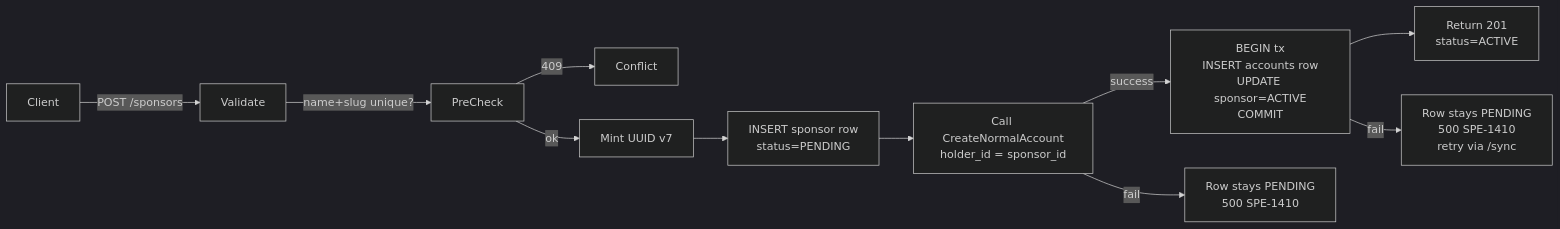
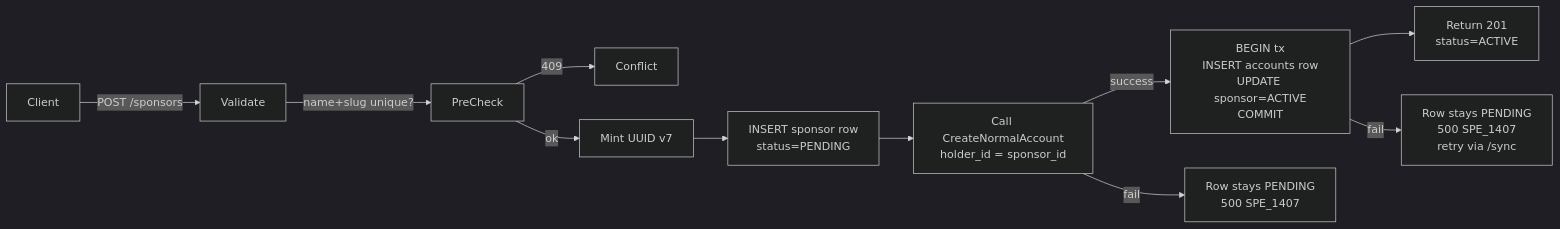
Before and after one commit to anu19981/aarokya-backend: the second of 2 diagrams in api-reference/modules/sponsor.mdx, drawn with Mermaid (dark theme). The commit also changed other lines of this file and 82 other files, not shown here.

````diff
--- a/api-reference/modules/sponsor.mdx
+++ b/api-reference/modules/sponsor.mdx
@@ -40,13 +40,13 @@
 ```mermaid
 flowchart LR
     Client -->|POST /sponsors| Validate
     Validate -->|name+slug unique?| PreCheck
     PreCheck -->|409| Conflict
     PreCheck -->|ok| Mint[Mint UUID v7]
     Mint --> Insert[INSERT sponsor row<br/>status=PENDING]
     Insert --> PBA[Call CreateNormalAccount<br/>holder_id = sponsor_id]
     PBA -->|success| Tx[BEGIN tx<br/>INSERT accounts row<br/>UPDATE sponsor=ACTIVE<br/>COMMIT]
     Tx --> Return201Active[Return 201<br/>status=ACTIVE]
-    PBA -->|fail| StaysPBA[Row stays PENDING<br/>500 SPE-1410]
-    Tx -->|fail| StaysLocal[Row stays PENDING<br/>500 SPE-1410<br/>retry via /sync]
+    PBA -->|fail| StaysPBA[Row stays PENDING<br/>500 SPE_1407]
+    Tx -->|fail| StaysLocal[Row stays PENDING<br/>500 SPE_1407<br/>retry via /sync]
 ```
````
